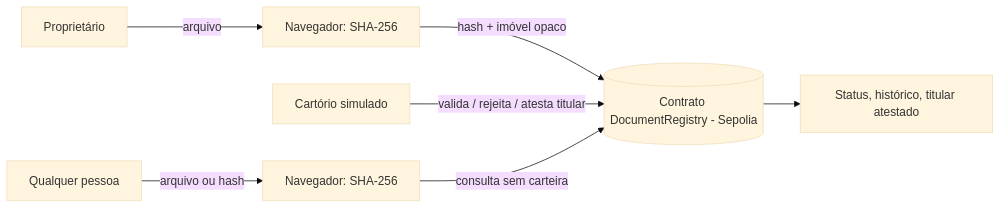
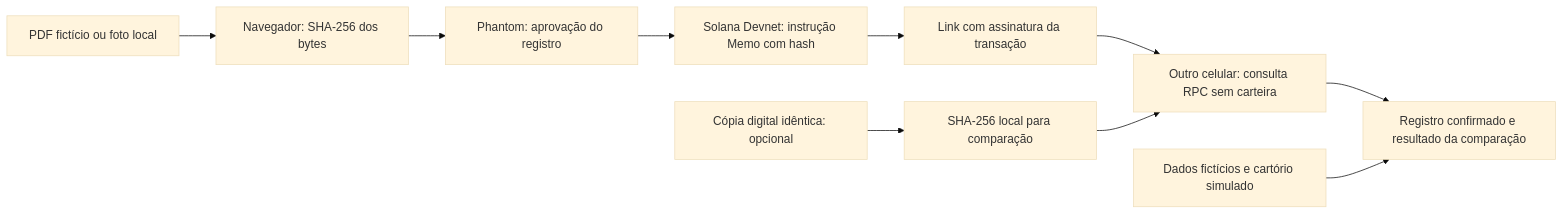
The diagram in docs/ARQUITETURA.md (MxK-rafas/Propertychain), drawn with Mermaid (base theme) before and after one commit. The commit also changed other lines of this file and 80 other files, not shown here.

Commit message:
docs: consolidate PropertyChain spec for Codex and Solana Devnet

````diff
--- a/docs/ARQUITETURA.md
+++ b/docs/ARQUITETURA.md
@@ -7,9 +5,12 @@
 ```mermaid
 flowchart LR
-  P[Proprietário] -->|arquivo| B[Navegador: SHA-256]
-  B -->|hash + imóvel opaco| C[(Contrato DocumentRegistry - Sepolia)]
-  V[Cartório simulado] -->|valida / rejeita / atesta titular| C
-  T[Qualquer pessoa] -->|arquivo ou hash| B2[Navegador: SHA-256]
-  B2 -->|consulta sem carteira| C
-  C --> R[Status, histórico, titular atestado]
+  A[PDF fictício ou foto local] --> B[Navegador: SHA-256 dos bytes]
+  B --> C[Phantom: aprovação do registro]
+  C --> D[Solana Devnet: instrução Memo com hash]
+  D --> E[Link com assinatura da transação]
+  E --> F[Outro celular: consulta RPC sem carteira]
+  G[Cópia digital idêntica: opcional] --> H[SHA-256 local para comparação]
+  H --> F
+  F --> I[Registro confirmado e resultado da comparação]
+  J[Dados fictícios e cartório simulado] --> I
 ```
````
